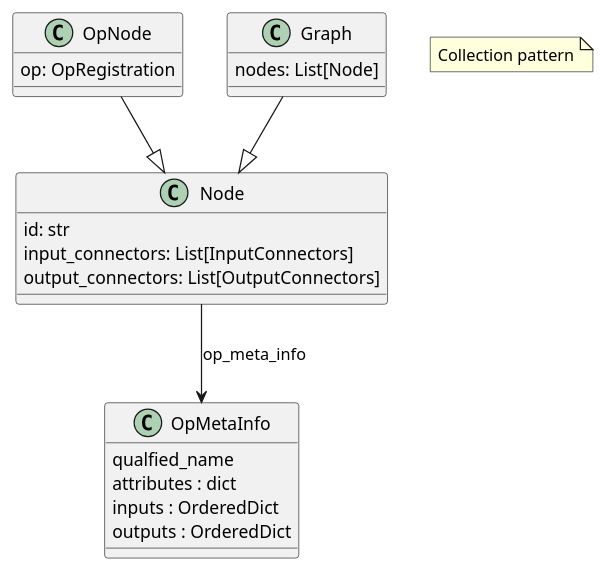
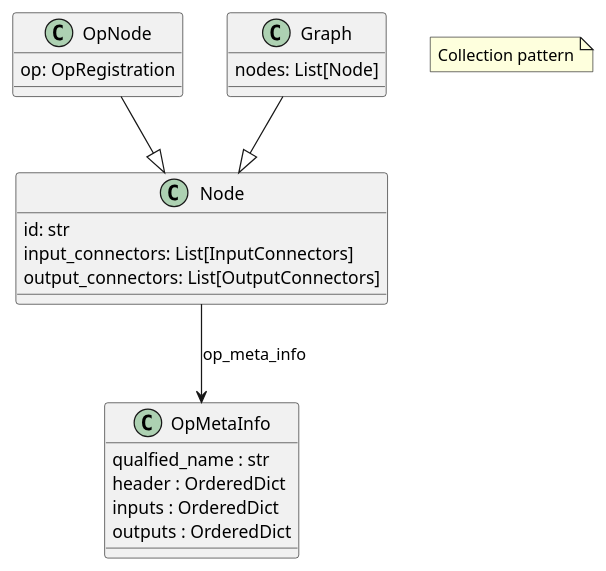
One commit to CCI-Tools/cate changed the diagram in doc/source/uml/node.puml. Above: the diagram before and after it, drawn with PlantUML. The commit also changed 2 other files, not shown here.

Commit message:
renamed OpMetaData.attributes to header

```diff
--- a/doc/source/uml/node.puml
+++ b/doc/source/uml/node.puml
@@ -1,24 +1,24 @@
 @startuml
 
 Node : id: str
 Node --> OpMetaInfo: op_meta_info
 Node : input_connectors: List[InputConnectors]
 Node : output_connectors: List[OutputConnectors]
 
 OpNode --|> Node
 OpNode : op: OpRegistration
 
 Graph --|> Node
 Graph : nodes: List[Node]
 'Graph --> "0..N" Node: nodes
 
-OpMetaInfo : qualfied_name
-OpMetaInfo : attributes : dict
+OpMetaInfo : qualfied_name : str
+OpMetaInfo : header : OrderedDict
 OpMetaInfo : inputs : OrderedDict
 OpMetaInfo : outputs : OrderedDict
 
 note as N1
 Collection pattern
 end note
 
 @enduml
```
